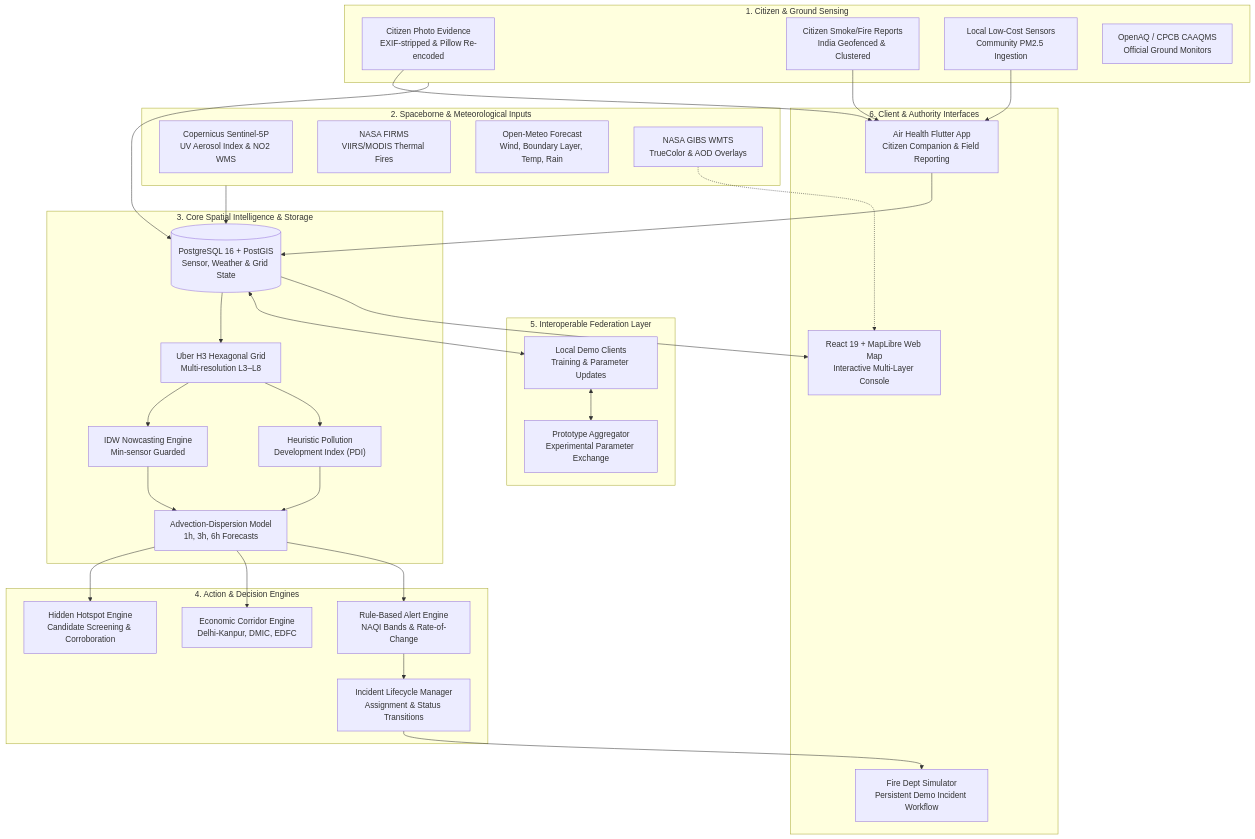
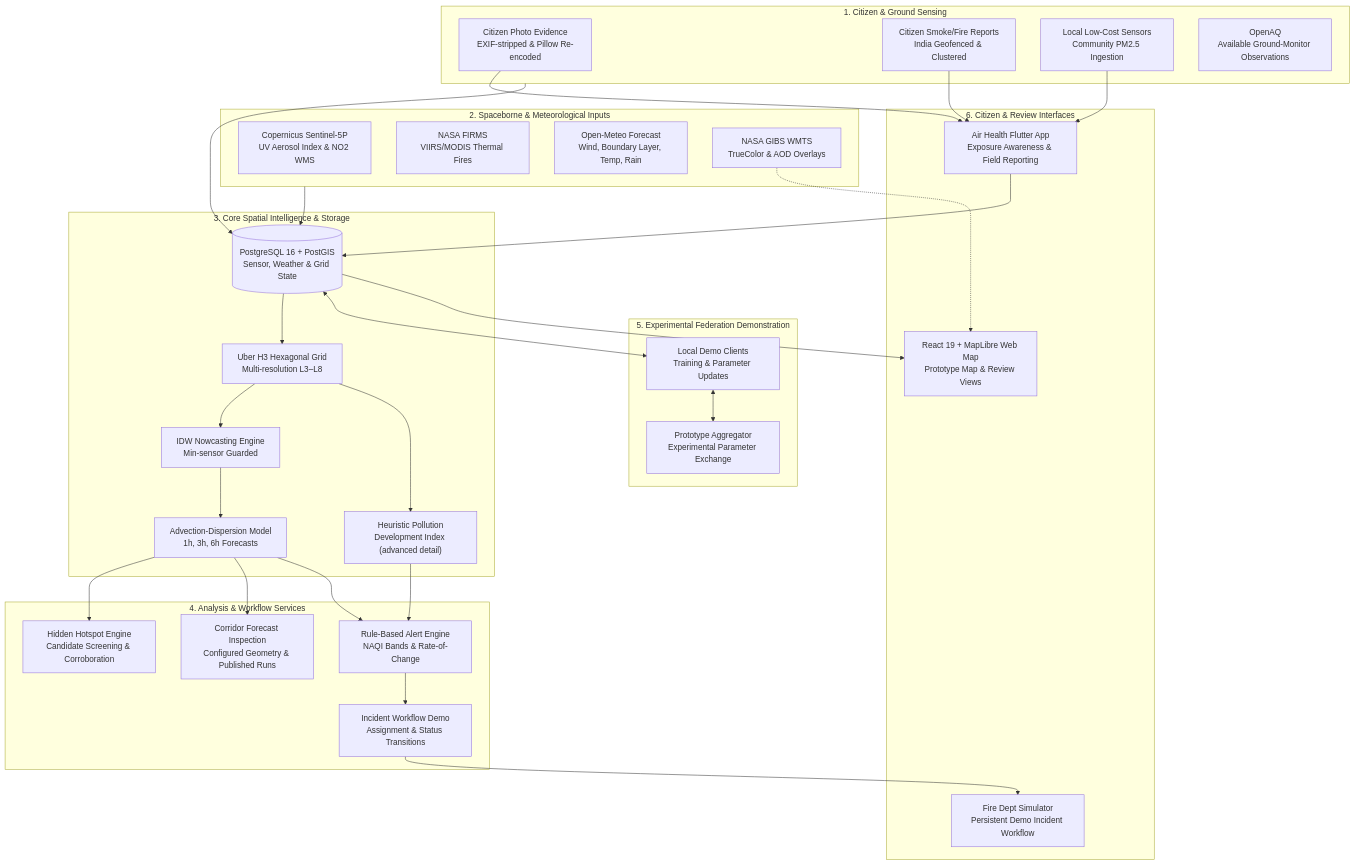
Before and after one commit to Hima-11-works/gdg-c4c: the diagram in README.md, drawn with Mermaid. The commit also changed other lines of this file, not shown here.

Commit message:
docs: align README with prototype scope

````diff
--- a/README.md
+++ b/README.md
@@ -77,65 +77,65 @@
 ```mermaid
 flowchart TB
     subgraph SENSORS["1. Citizen & Ground Sensing"]
         CP["Citizen Photo Evidence<br/>EXIF-stripped & Pillow Re-encoded"]
         CR["Citizen Smoke/Fire Reports<br/>India Geofenced & Clustered"]
         CS["Local Low-Cost Sensors<br/>Community PM2.5 Ingestion"]
-        AQ["OpenAQ / CPCB CAAQMS<br/>Official Ground Monitors"]
+        AQ["OpenAQ<br/>Available Ground-Monitor Observations"]
     end
 
     subgraph SPACE["2. Spaceborne & Meteorological Inputs"]
         S5P["Copernicus Sentinel-5P<br/>UV Aerosol Index & NO2 WMS"]
         FIRMS["NASA FIRMS<br/>VIIRS/MODIS Thermal Fires"]
         METEO["Open-Meteo Forecast<br/>Wind, Boundary Layer, Temp, Rain"]
         GIBS["NASA GIBS WMTS<br/>TrueColor & AOD Overlays"]
     end
 
     subgraph CORE["3. Core Spatial Intelligence & Storage"]
         DB[("PostgreSQL 16 + PostGIS<br/>Sensor, Weather & Grid State")]
         H3["Uber H3 Hexagonal Grid<br/>Multi-resolution L3–L8"]
         IDW["IDW Nowcasting Engine<br/>Min-sensor Guarded"]
-        PDI["Heuristic Pollution<br/>Development Index (PDI)"]
+        PDI["Heuristic Pollution<br/>Development Index (advanced detail)"]
         DISP["Advection-Dispersion Model<br/>1h, 3h, 6h Forecasts"]
     end
 
-    subgraph ENGINES["4. Action & Decision Engines"]
+    subgraph ENGINES["4. Analysis & Workflow Services"]
         HOT["Hidden Hotspot Engine<br/>Candidate Screening & Corroboration"]
-        CORR["Economic Corridor Engine<br/>Delhi-Kanpur, DMIC, EDFC"]
+        CORR["Corridor Forecast Inspection<br/>Configured Geometry & Published Runs"]
         ALERTS["Rule-Based Alert Engine<br/>NAQI Bands & Rate-of-Change"]
-        INC["Incident Lifecycle Manager<br/>Assignment & Status Transitions"]
+        INC["Incident Workflow Demo<br/>Assignment & Status Transitions"]
     end
 
-    subgraph FED["5. Interoperable Federation Layer"]
+    subgraph FED["5. Experimental Federation Demonstration"]
         FED_CLI["Local Demo Clients<br/>Training & Parameter Updates"]
         FED_AGG["Prototype Aggregator<br/>Experimental Parameter Exchange"]
     end
 
-    subgraph APPS["6. Client & Authority Interfaces"]
-        WEB["React 19 + MapLibre Web Map<br/>Interactive Multi-Layer Console"]
-        CIT_APP["Air Health Flutter App<br/>Citizen Companion & Field Reporting"]
+    subgraph APPS["6. Citizen & Review Interfaces"]
+        WEB["React 19 + MapLibre Web Map<br/>Prototype Map & Review Views"]
+        CIT_APP["Air Health Flutter App<br/>Exposure Awareness & Field Reporting"]
         AUTH_APP["Fire Dept Simulator<br/>Persistent Demo Incident Workflow"]
     end
 
     SENSORS --> DB
     SPACE --> DB
     DB --> H3
     H3 --> IDW
     H3 --> PDI
     IDW --> DISP
-    PDI --> DISP
     DISP --> HOT
     DISP --> CORR
     DISP --> ALERTS
+    PDI --> ALERTS
     ALERTS --> INC
     
     DB <--> FED_CLI
     FED_CLI <--> FED_AGG
     
     DB --> WEB
     INC --> AUTH_APP
     CR --> CIT_APP
     CP --> CIT_APP
     CS --> CIT_APP
     CIT_APP --> DB
     GIBS -.-> WEB
 ```
````
